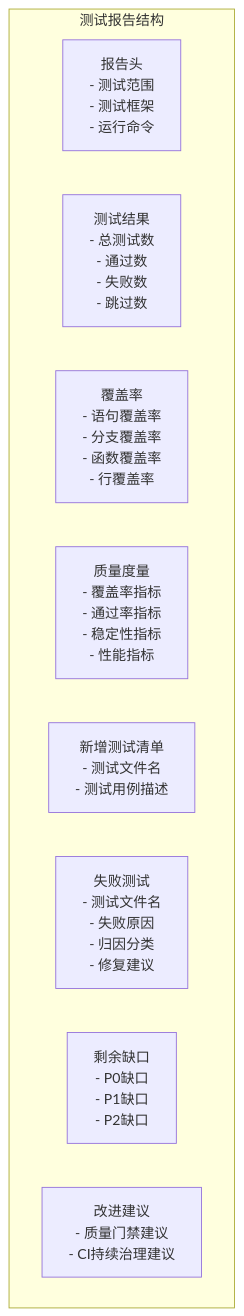
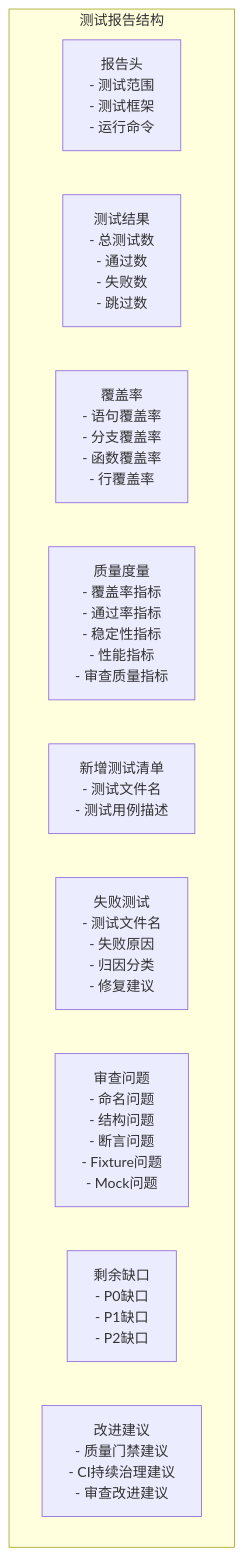
Before and after one commit to AngelWings1997/altas: diagram 12 of 27 in .qoder/repowiki/zh/content/测试专项模式.md, drawn with Mermaid. The commit also changed other lines of this file and 16 other files, not shown here.

````diff
--- a/.qoder/repowiki/zh/content/测试专项模式.md
+++ b/.qoder/repowiki/zh/content/测试专项模式.md
@@ -410,13 +469,14 @@
 ```mermaid
 graph TB
 subgraph "测试报告结构"
 Header[报告头<br/>- 测试范围<br/>- 测试框架<br/>- 运行命令]
 Results[测试结果<br/>- 总测试数<br/>- 通过数<br/>- 失败数<br/>- 跳过数]
 Coverage[覆盖率<br/>- 语句覆盖率<br/>- 分支覆盖率<br/>- 函数覆盖率<br/>- 行覆盖率]
-QualityMetrics[质量度量<br/>- 覆盖率指标<br/>- 通过率指标<br/>- 稳定性指标<br/>- 性能指标]
+QualityMetrics[质量度量<br/>- 覆盖率指标<br/>- 通过率指标<br/>- 稳定性指标<br/>- 性能指标<br/>- 审查质量指标]
 NewTests[新增测试清单<br/>- 测试文件名<br/>- 测试用例描述]
 FailedTests[失败测试<br/>- 测试文件名<br/>- 失败原因<br/>- 归因分类<br/>- 修复建议]
+ReviewIssues[审查问题<br/>- 命名问题<br/>- 结构问题<br/>- 断言问题<br/>- Fixture问题<br/>- Mock问题]
 Gaps[剩余缺口<br/>- P0缺口<br/>- P1缺口<br/>- P2缺口]
-Recommendations[改进建议<br/>- 质量门禁建议<br/>- CI持续治理建议]
+Recommendations[改进建议<br/>- 质量门禁建议<br/>- CI持续治理建议<br/>- 审查改进建议]
 end
 ```
````
